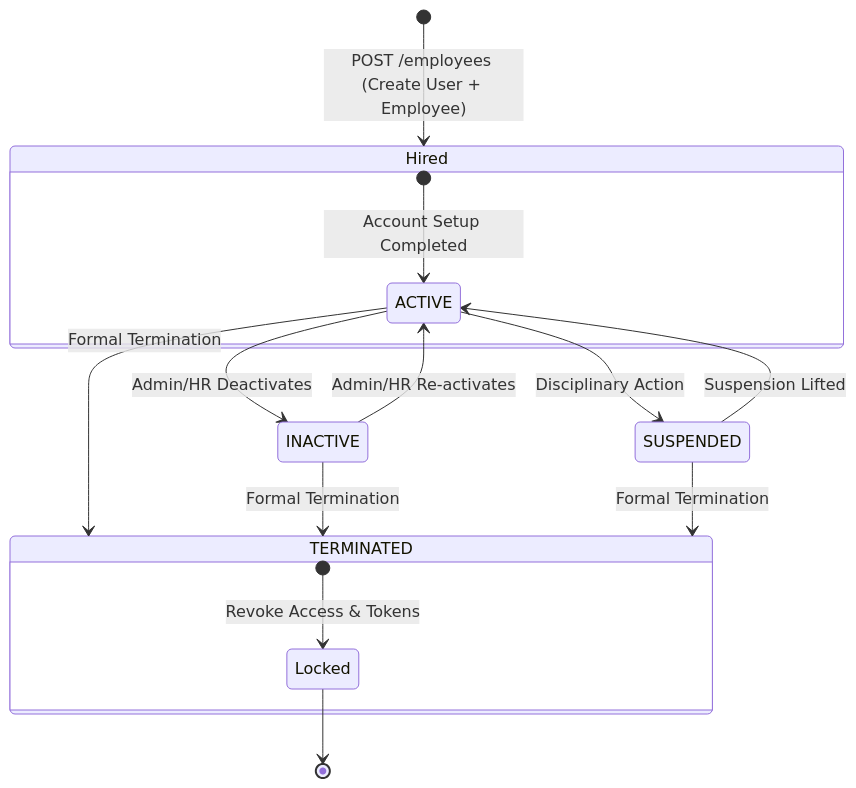
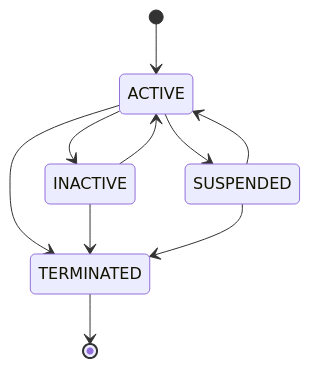
The fourth of 8 diagrams in workflow.md (mariyamnavila/emnex-backend), drawn with Mermaid before and after one commit. The commit also changed other lines of this file and 8 other files, not shown here.

````diff
--- a/workflow.md
+++ b/workflow.md
@@ -63,24 +110,12 @@
 ```mermaid
 stateDiagram-v2
-    [*] --> Hired: POST /employees (Create User + Employee)
-    
-    state Hired {
-        [*] --> ACTIVE: Account Setup Completed
-    }
-
-    ACTIVE --> INACTIVE: Admin/HR Deactivates
-    INACTIVE --> ACTIVE: Admin/HR Re-activates
-
-    ACTIVE --> SUSPENDED: Disciplinary Action
-    SUSPENDED --> ACTIVE: Suspension Lifted
-
-    ACTIVE --> TERMINATED: Formal Termination
-    INACTIVE --> TERMINATED: Formal Termination
-    SUSPENDED --> TERMINATED: Formal Termination
-
-    state TERMINATED {
-        [*] --> Locked: Revoke Access & Tokens
-    }
-
-    Locked --> [*]
+    [*] --> ACTIVE
+    ACTIVE --> INACTIVE
+    INACTIVE --> ACTIVE
+    ACTIVE --> SUSPENDED
+    SUSPENDED --> ACTIVE
+    ACTIVE --> TERMINATED
+    INACTIVE --> TERMINATED
+    SUSPENDED --> TERMINATED
+    TERMINATED --> [*]
 ```
````
